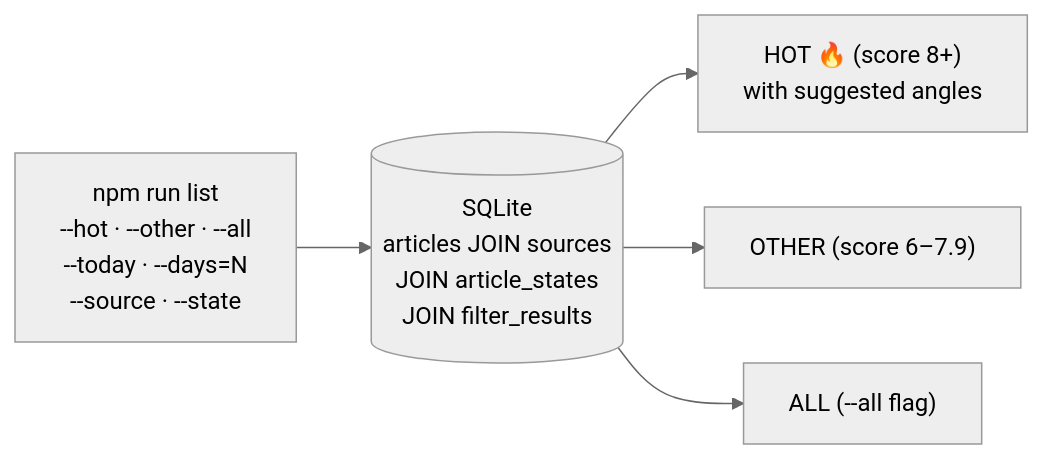
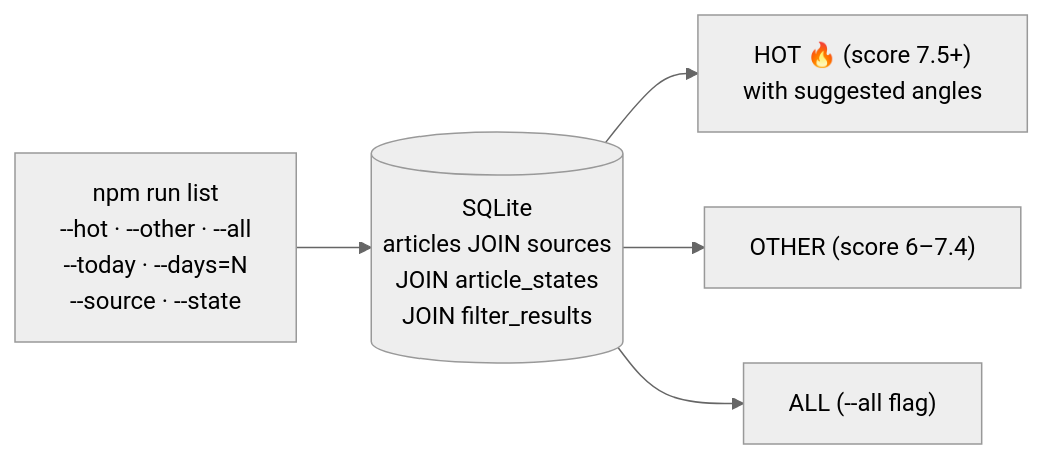
One commit to hoanghieu512/InkPilot changed the fourth of 5 diagrams in PROJECT_OVERVIEW.md. Above: the diagram before and after it, drawn with Mermaid (neutral theme). The commit also changed other lines of this file and 11 other files, not shown here.

````diff
--- a/PROJECT_OVERVIEW.md
+++ b/PROJECT_OVERVIEW.md
@@ -272,8 +292,8 @@
 ```mermaid
 flowchart LR
   CLI["npm run list\n--hot · --other · --all\n--today · --days=N\n--source · --state"]
   CLI --> DB[("SQLite\narticles JOIN sources\nJOIN article_states\nJOIN filter_results")]
-  DB --> HOT["HOT 🔥 (score 8+)\nwith suggested angles"]
-  DB --> OTHER["OTHER (score 6–7.9)"]
+  DB --> HOT["HOT 🔥 (score 7.5+)\nwith suggested angles"]
+  DB --> OTHER["OTHER (score 6–7.4)"]
   DB --> ALL["ALL (--all flag)"]
 ```
````
